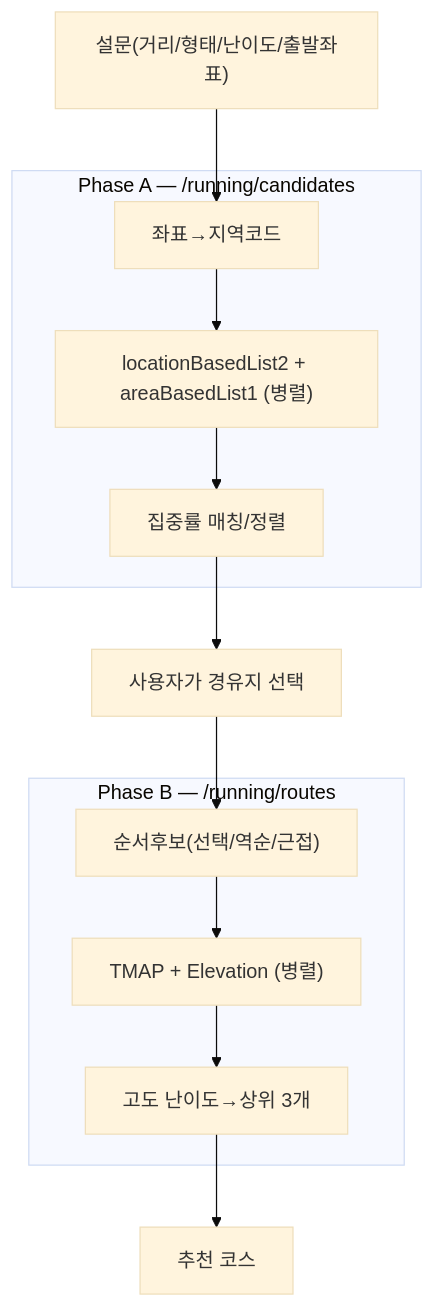
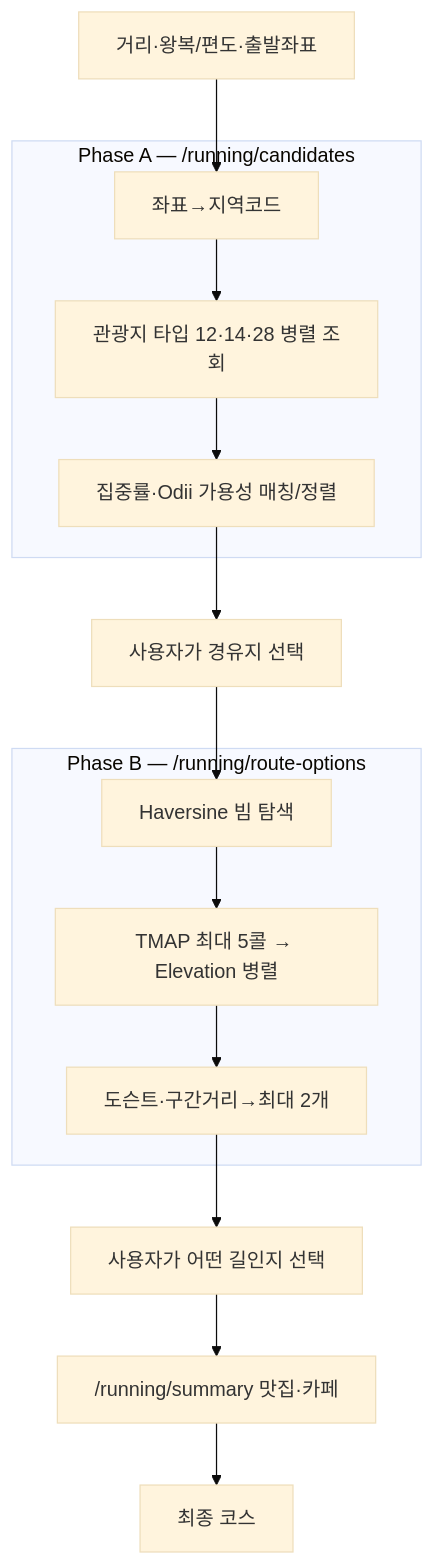
The second of 2 diagrams in README.md (squarekimbap/backend), drawn with Mermaid (base theme) before and after one commit. The commit also changed other lines of this file and 49 other files, not shown here.

````diff
--- a/README.md
+++ b/README.md
@@ -113,13 +116,14 @@
 ```mermaid
 flowchart TD
-    S["설문(거리/형태/난이도/출발좌표)"] --> A
+    S["거리·왕복/편도·출발좌표"] --> A
     subgraph A_["Phase A — /running/candidates"]
-      A["좌표→지역코드"] --> B["locationBasedList2 + areaBasedList1 (병렬)"] --> C["집중률 매칭/정렬"]
+      A["좌표→지역코드"] --> B["관광지 타입 12·14·28 병렬 조회"] --> C["집중률·Odii 가용성 매칭/정렬"]
     end
     C --> U["사용자가 경유지 선택"]
     U --> E
-    subgraph B_["Phase B — /running/routes"]
-      E["순서후보(선택/역순/근접)"] --> F["TMAP + Elevation (병렬)"] --> G["고도 난이도→상위 3개"]
+    subgraph B_["Phase B — /running/route-options"]
+      E["Haversine 빔 탐색"] --> F["TMAP 최대 5콜 → Elevation 병렬"] --> G["도슨트·구간거리→최대 2개"]
     end
-    G --> R["추천 코스"]
+    G --> P["사용자가 어떤 길인지 선택"]
+    P --> H["/running/summary 맛집·카페"] --> R["최종 코스"]
 ```
````
